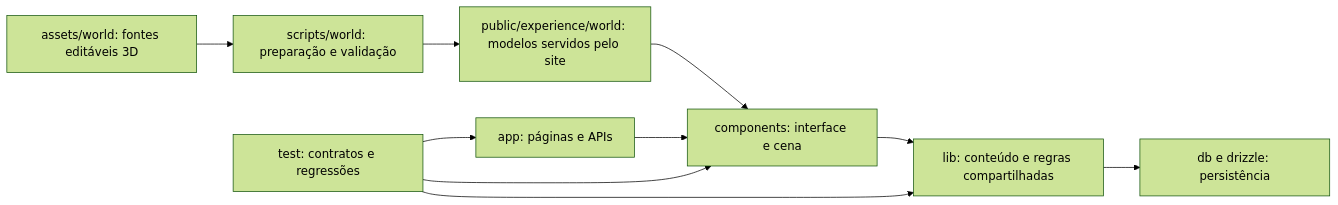
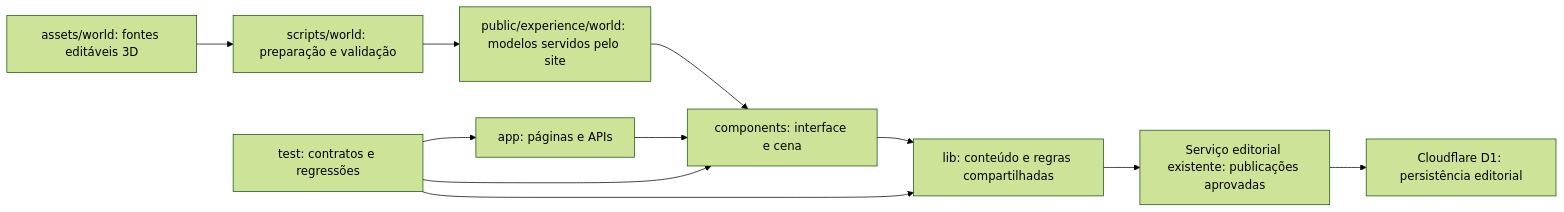
One commit to PdrArth/TCC-WEBSITE3D changed the diagram in docs/architecture.md. Above: the diagram before and after it, drawn with Mermaid (forest theme). The commit also changed 23 other files, not shown here.

````diff
--- a/docs/architecture.md
+++ b/docs/architecture.md
@@ -5,12 +5,13 @@
 ```mermaid
 flowchart LR
   A[app: páginas e APIs] --> C[components: interface e cena]
   C --> L[lib: conteúdo e regras compartilhadas]
-  L --> D[db e drizzle: persistência]
+  L --> E[Serviço editorial existente: publicações aprovadas]
+  E --> D[Cloudflare D1: persistência editorial]
   S[assets/world: fontes editáveis 3D] --> W[scripts/world: preparação e validação]
   W --> P[public/experience/world: modelos servidos pelo site]
   P --> C
   T[test: contratos e regressões] --> A
   T --> C
   T --> L
 ```
````
